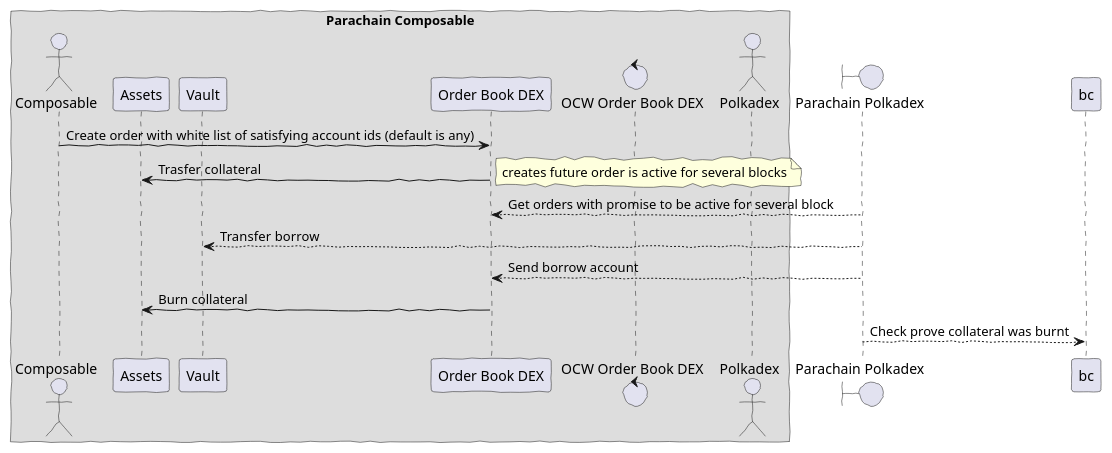
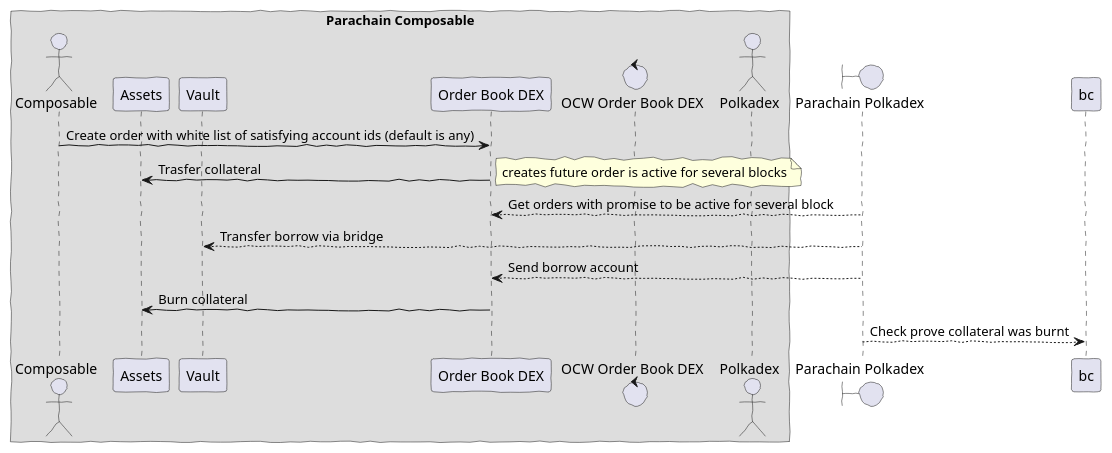
Before and after one commit to ComposableFi/composable: the diagram in frame/order-book-dex/dex.plantuml, drawn with PlantUML. The commit also changed 2 other files, not shown here.

```diff
--- a/frame/order-book-dex/dex.plantuml
+++ b/frame/order-book-dex/dex.plantuml
@@ -1,31 +1,31 @@
 @startuml
 skinparam handwritten true
 
 
 box "Parachain Composable"
 actor Composable as ac
 participant "Assets" as pa
 participant "Vault" as pv
 participant "Order Book DEX" as pd
 control "OCW Order Book DEX" as cd
 actor Polkadex as ap
 end box
 
 boundary "Parachain Polkadex" as bp
 
 
 ac -> pd : Create order with white list of satisfying account ids (default is any)
 pd -> pa : Trasfer collateral
 note right
   creates future order is active for several blocks
 end note
 
 
 {block_start} bp --> pd: Get orders with promise to be active for several block
-bp --> pv: Transfer borrow
+bp --> pv: Transfer borrow via bridge
 bp --> pd : Send borrow account
 {block_end}  pd -> pa : Burn collateral
 bp --> bc : Check prove collateral was burnt
 
 
 @enduml
```
